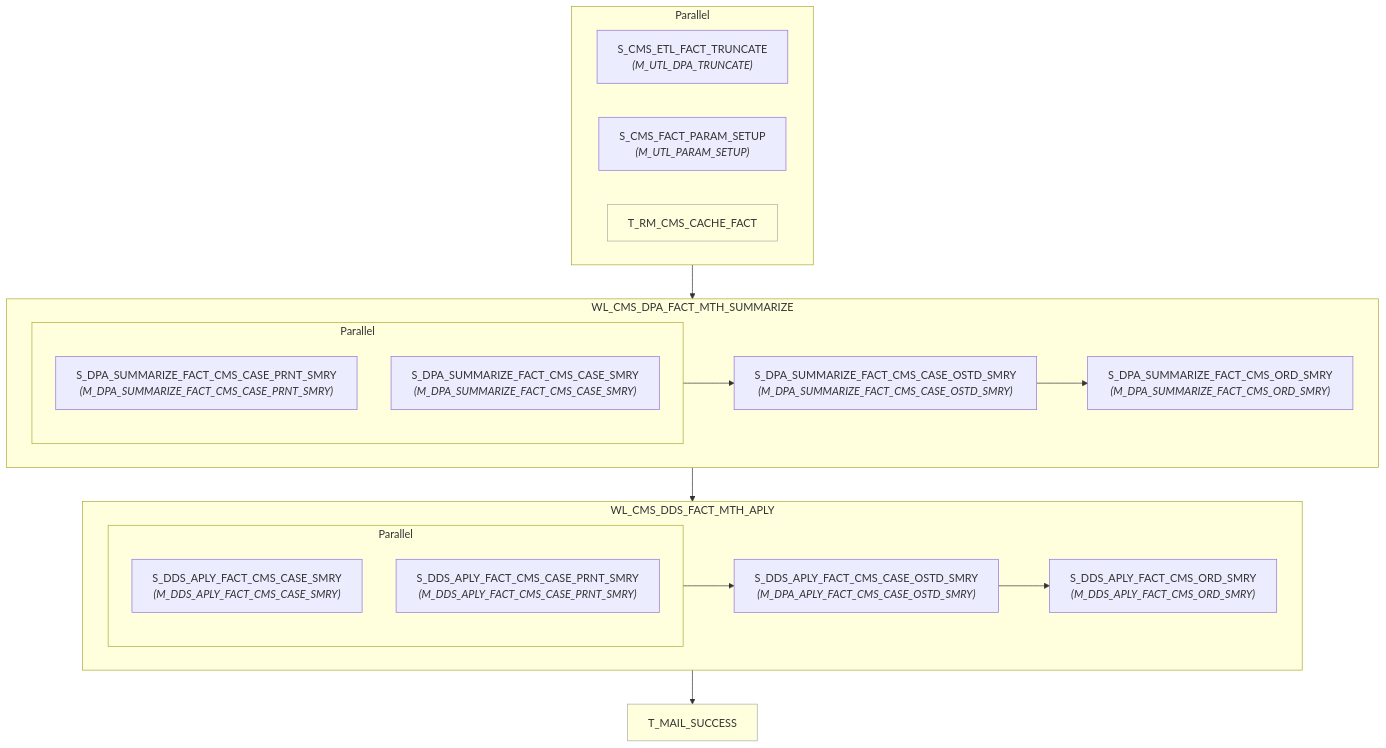
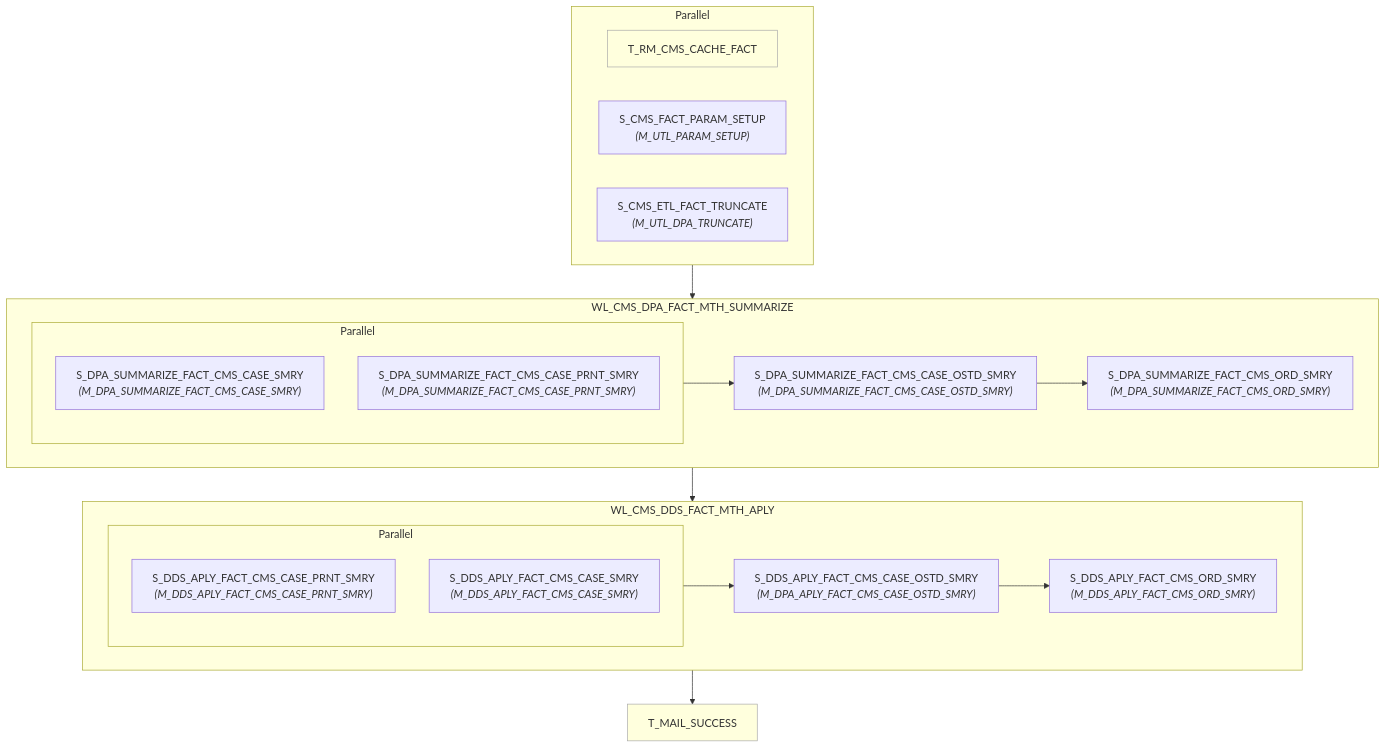
One commit to asl-adamxu/informatica-sparker-poc changed the diagram in informatica/PowerCenter_workflows/dds/WF_CMS_DDS_APLY_MTH_SPARK/wf_cms_dds_aply_mth.md. Above: the diagram before and after it, drawn with Mermaid. The commit also changed 31 other files, not shown here.

````diff
--- a/informatica/PowerCenter_workflows/dds/WF_CMS_DDS_APLY_MTH_SPARK/wf_cms_dds_aply_mth.md
+++ b/informatica/PowerCenter_workflows/dds/WF_CMS_DDS_APLY_MTH_SPARK/wf_cms_dds_aply_mth.md
@@ -7,41 +7,41 @@
 ```mermaid
 flowchart TD
-    n1["S_CMS_ETL_FACT_TRUNCATE<br/><i>(M_UTL_DPA_TRUNCATE)</i>"]
+    n1["T_RM_CMS_CACHE_FACT"]
+    style n1 fill:#ffd,stroke:#aaa,stroke-width:1px
     n2["S_CMS_FACT_PARAM_SETUP<br/><i>(M_UTL_PARAM_SETUP)</i>"]
-    n3["T_RM_CMS_CACHE_FACT"]
-    style n3 fill:#ffd,stroke:#aaa,stroke-width:1px
+    n3["S_CMS_ETL_FACT_TRUNCATE<br/><i>(M_UTL_DPA_TRUNCATE)</i>"]
     subgraph pg4[Parallel]
         n1
         n2
         n3
     end
     subgraph wkl5["WL_CMS_DPA_FACT_MTH_SUMMARIZE"]
-    n6["S_DPA_SUMMARIZE_FACT_CMS_CASE_PRNT_SMRY<br/><i>(M_DPA_SUMMARIZE_FACT_CMS_CASE_PRNT_SMRY)</i>"]
-    n7["S_DPA_SUMMARIZE_FACT_CMS_CASE_SMRY<br/><i>(M_DPA_SUMMARIZE_FACT_CMS_CASE_SMRY)</i>"]
+    n6["S_DPA_SUMMARIZE_FACT_CMS_CASE_SMRY<br/><i>(M_DPA_SUMMARIZE_FACT_CMS_CASE_SMRY)</i>"]
+    n7["S_DPA_SUMMARIZE_FACT_CMS_CASE_PRNT_SMRY<br/><i>(M_DPA_SUMMARIZE_FACT_CMS_CASE_PRNT_SMRY)</i>"]
     subgraph pg8[Parallel]
         n6
         n7
     end
     n9["S_DPA_SUMMARIZE_FACT_CMS_CASE_OSTD_SMRY<br/><i>(M_DPA_SUMMARIZE_FACT_CMS_CASE_OSTD_SMRY)</i>"]
     n10["S_DPA_SUMMARIZE_FACT_CMS_ORD_SMRY<br/><i>(M_DPA_SUMMARIZE_FACT_CMS_ORD_SMRY)</i>"]
         pg8 --> n9
         n9 --> n10
     end
     subgraph wkl11["WL_CMS_DDS_FACT_MTH_APLY"]
-    n12["S_DDS_APLY_FACT_CMS_CASE_SMRY<br/><i>(M_DDS_APLY_FACT_CMS_CASE_SMRY)</i>"]
-    n13["S_DDS_APLY_FACT_CMS_CASE_PRNT_SMRY<br/><i>(M_DDS_APLY_FACT_CMS_CASE_PRNT_SMRY)</i>"]
+    n12["S_DDS_APLY_FACT_CMS_CASE_PRNT_SMRY<br/><i>(M_DDS_APLY_FACT_CMS_CASE_PRNT_SMRY)</i>"]
+    n13["S_DDS_APLY_FACT_CMS_CASE_SMRY<br/><i>(M_DDS_APLY_FACT_CMS_CASE_SMRY)</i>"]
     subgraph pg14[Parallel]
         n12
         n13
     end
     n15["S_DDS_APLY_FACT_CMS_CASE_OSTD_SMRY<br/><i>(M_DPA_APLY_FACT_CMS_CASE_OSTD_SMRY)</i>"]
     n16["S_DDS_APLY_FACT_CMS_ORD_SMRY<br/><i>(M_DDS_APLY_FACT_CMS_ORD_SMRY)</i>"]
         pg14 --> n15
         n15 --> n16
     end
     n17["T_MAIL_SUCCESS"]
     style n17 fill:#ffd,stroke:#aaa,stroke-width:1px
     pg4 --> wkl5
     wkl5 --> wkl11
     wkl11 --> n17
 ```
````
